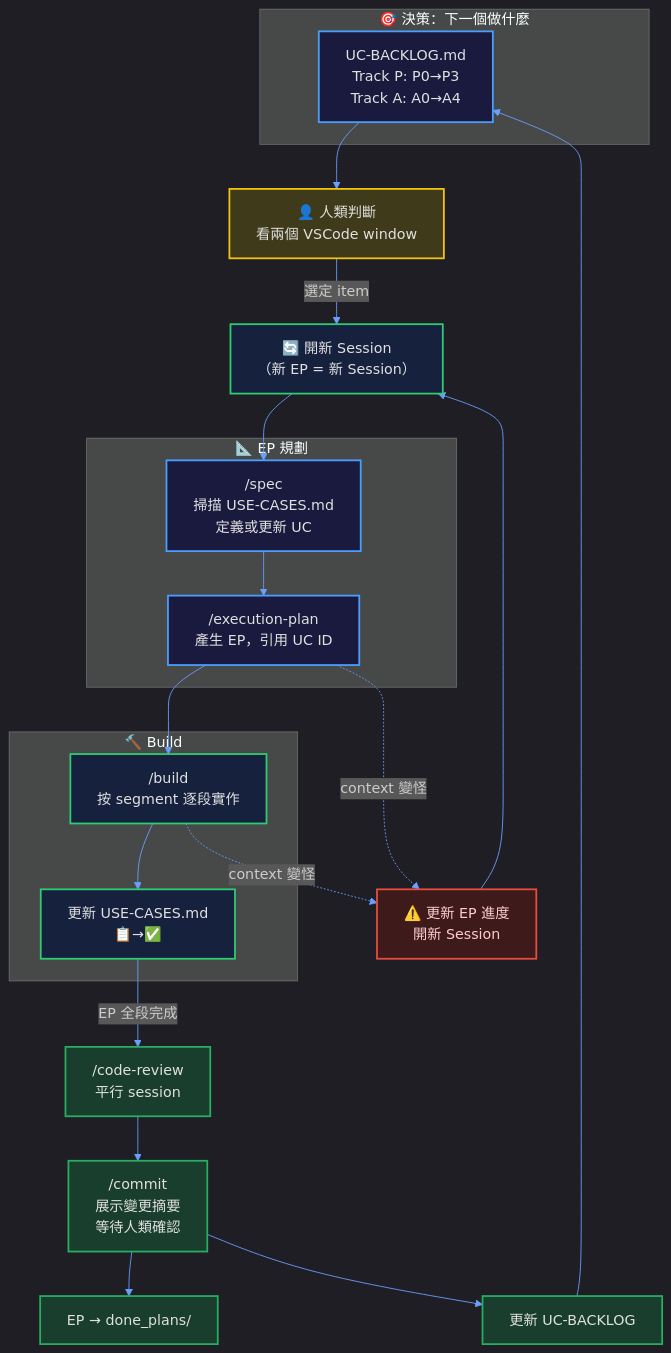
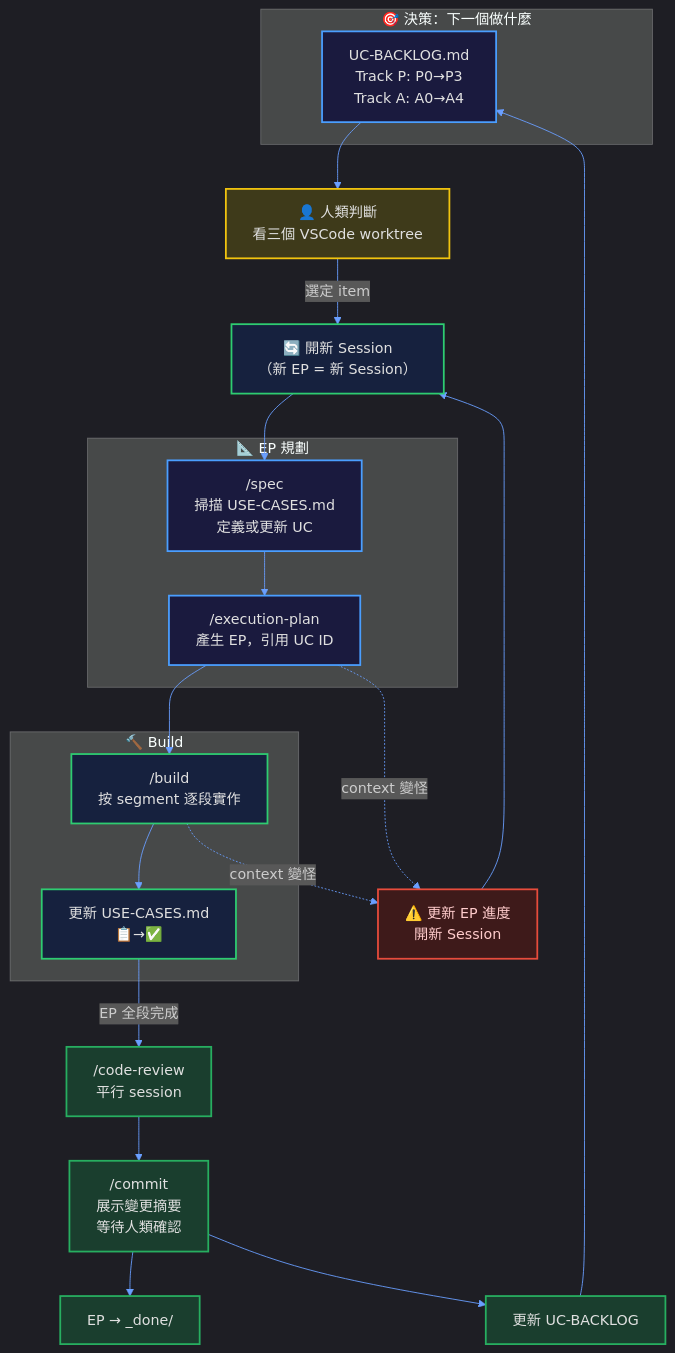
Before and after one commit to ChiahungTai/ai-rules: the second of 6 diagrams in ai-analysis/reports/solo-ai-dev-workflow-圖解說明.md, drawn with Mermaid. The commit also changed other lines of this file and 3 other files, not shown here.

````diff
--- a/ai-analysis/reports/solo-ai-dev-workflow-圖解說明.md
+++ b/ai-analysis/reports/solo-ai-dev-workflow-圖解說明.md
@@ -43,50 +43,50 @@
 ```mermaid
 %%{init: {'theme': 'dark', 'themeVariables': {'primaryBorderColor': '#4a9eff', 'lineColor': '#6a9fff', 'fontFamily': 'system-ui'}}}%%
 flowchart TD
     classDef decision fill:#1a1a3e,stroke:#4a9eff,color:#e0e0e0,stroke-width:2px
     classDef session fill:#16213e,stroke:#2ecc71,color:#e0e0e0,stroke-width:2px
     classDef warning fill:#3e1a1a,stroke:#e74c3c,color:#ffcccc,stroke-width:2px
     classDef archive fill:#1a3e2e,stroke:#27ae60,color:#e0e0e0,stroke-width:2px
     classDef human fill:#3e3a1a,stroke:#f1c40f,color:#e0e0e0,stroke-width:2px
 
     %% ── 決策 ──
     subgraph DEC["🎯 決策：下一個做什麼"]
         BL["UC-BACKLOG.md<br/>Track P: P0→P3<br/>Track A: A0→A4"]:::decision
     end
 
-    BL --> HUMAN["👤 人類判斷<br/>看兩個 VSCode window"]:::human
+    BL --> HUMAN["👤 人類判斷<br/>看三個 VSCode worktree"]:::human
     HUMAN -->|"選定 item"| NEWSession
 
     %% ── 新 Session ──
     NEWSession["🔄 開新 Session<br/>（新 EP = 新 Session）"]:::session
 
     %% ── EP 規劃 ──
     subgraph PLAN["📐 EP 規劃"]
         SPEC["/spec<br/>掃描 USE-CASES.md<br/>定義或更新 UC"]:::decision
         EP["/execution-plan<br/>產生 EP，引用 UC ID"]:::decision
     end
 
     NEWSession --> SPEC --> EP
 
     %% ── Build ──
     subgraph BUILD_LOOP["🔨 Build"]
         BUILD["/build<br/>按 segment 逐段實作"]:::session
         UPDATE["更新 USE-CASES.md<br/>📋→✅"]:::session
     end
 
     EP --> BUILD --> UPDATE
 
     %% ── Review & Commit ──
     UPDATE -->|"EP 全段完成"| CR["/code-review<br/>平行 session"]:::archive
     CR --> CM["/commit<br/>展示變更摘要<br/>等待人類確認"]:::archive
 
     %% ── 歸檔 ──
-    CM --> EPARC["EP → done_plans/"]:::archive
+    CM --> EPARC["EP → _done/"]:::archive
     CM --> BLUP["更新 UC-BACKLOG"]:::archive
     BLUP --> BL
 
     %% ── Model 退化（隨時發生）──
     EP -.->|"context 變怪"| DEGRADE["⚠️ 更新 EP 進度<br/>開新 Session"]:::warning
     BUILD -.->|"context 變怪"| DEGRADE
     DEGRADE --> NEWSession
 ```
````
